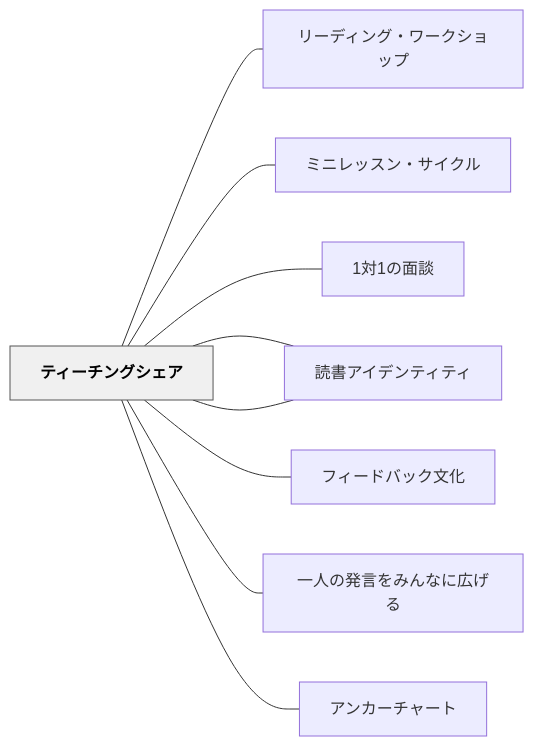
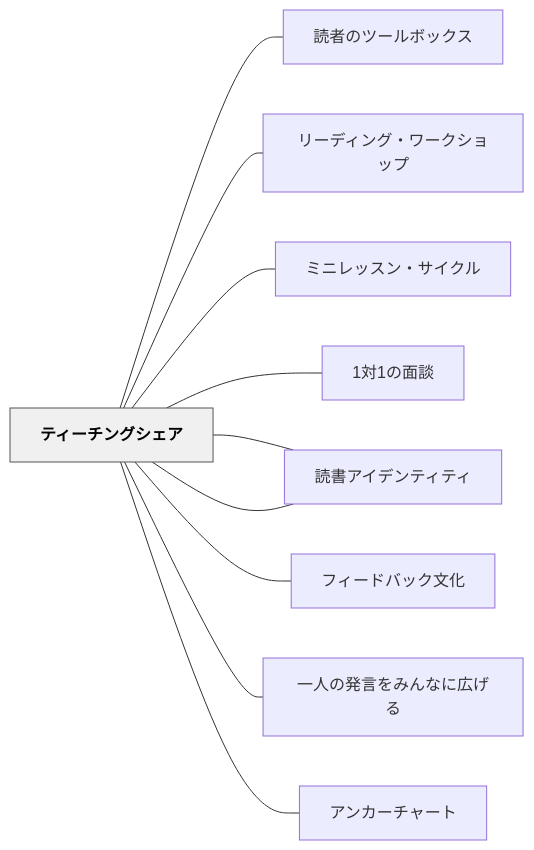
The diagram in content/パタン/ティーチングシェア.md (unknownthings-ed-patterns/unknownthings-ed-patterns), drawn with Mermaid before and after one commit. The commit also changed other lines of this file and 473 other files, not shown here.

````diff
--- a/content/パタン/ティーチングシェア.md
+++ b/content/パタン/ティーチングシェア.md
@@ -107,24 +108,26 @@
 ```mermaid
 flowchart LR
     ne38386e382a3["ティーチングシェア"]
+    ne8aaade88085["読者のツールボックス"]
     ne383aae383bc["リーディング・ワークショップ"]
     ne3839fe3838b["ミニレッスン・サイクル"]
     n31e5afbe31e3["1対1の面談"]
     ne8aaade69bb8["読書パートナーシップ"]
     ne38395e382a3["フィードバック文化"]
     ne4b880e4baba["一人の発言をみんなに広げる"]
     ne8aaade69bb8["読書アイデンティティ"]
     ne382a2e383b3["アンカーチャート"]
 
+    ne38386e382a3 --- ne8aaade88085
     ne38386e382a3 --- ne383aae383bc
     ne38386e382a3 --- ne3839fe3838b
     ne38386e382a3 --- n31e5afbe31e3
     ne38386e382a3 --- ne8aaade69bb8
     ne38386e382a3 --- ne38395e382a3
     ne38386e382a3 --- ne4b880e4baba
     ne38386e382a3 --- ne8aaade69bb8
     ne38386e382a3 --- ne382a2e383b3
 
     classDef hub fill:#f0f0f0,stroke:#555,color:#000,font-weight:bold
     class ne38386e382a3 hub
 ```
````
